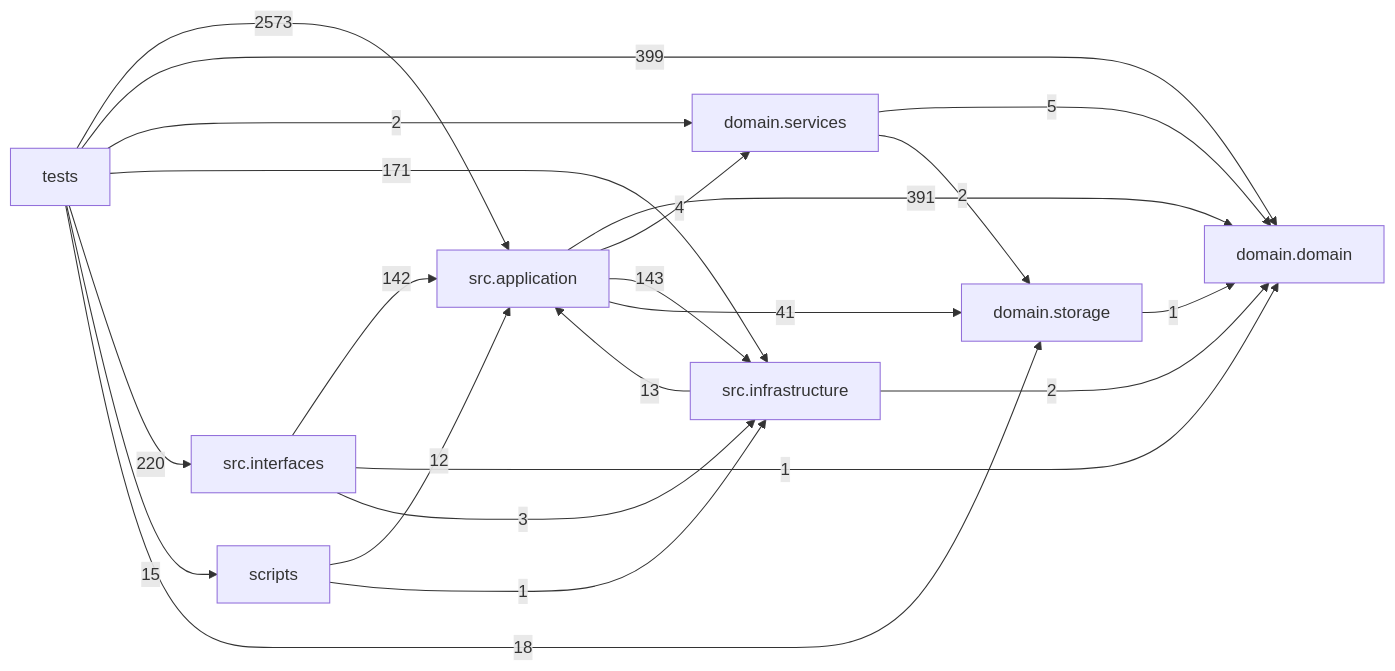
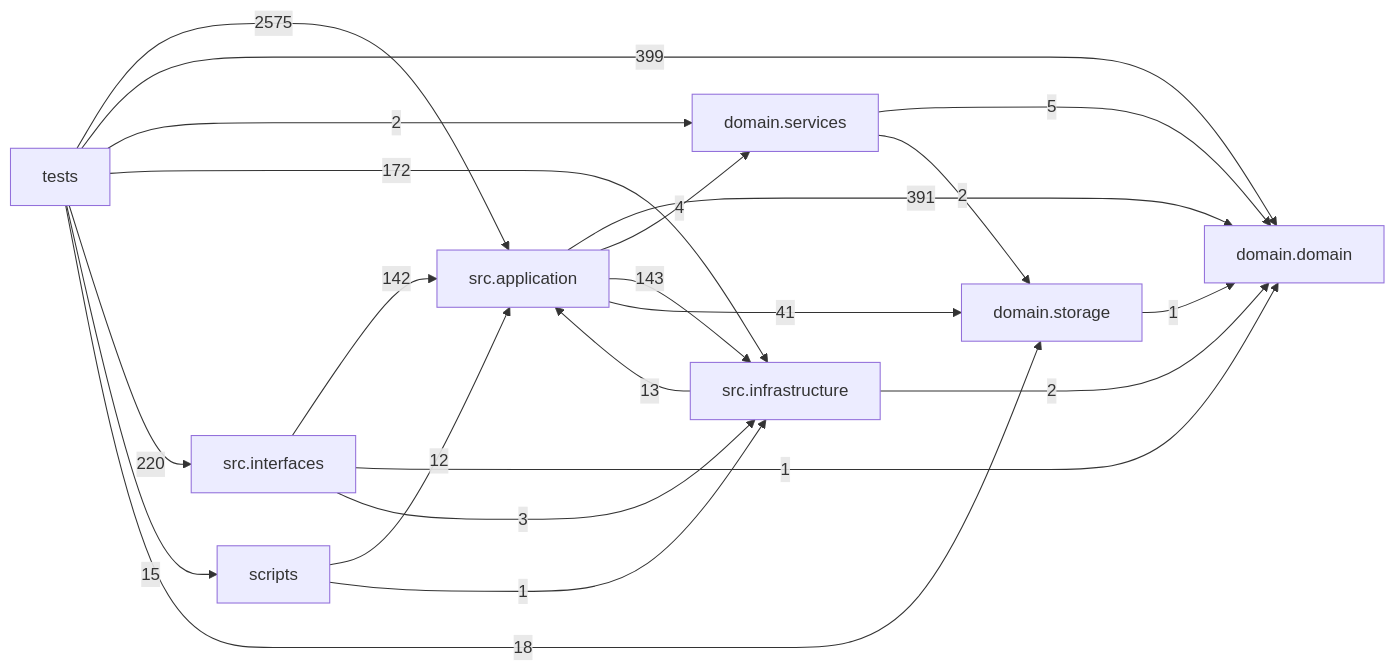
The diagram in docs/DEPENDENCY_GRAPH.md (liuxie066/options-monitor), drawn with Mermaid before and after one commit. The commit also changed other lines of this file, not shown here.

Commit message:
chore(docs): regenerate dependency graph

````diff
--- a/docs/DEPENDENCY_GRAPH.md
+++ b/docs/DEPENDENCY_GRAPH.md
@@ -24,32 +24,32 @@
 ```mermaid
 flowchart LR
   tests["tests"]
   scripts["scripts"]
   interfaces["src.interfaces"]
   application["src.application"]
   infrastructure["src.infrastructure"]
   domain_services["domain.services"]
   domain["domain.domain"]
   storage["domain.storage"]
   application -->|391| domain
   application -->|4| domain_services
   application -->|143| infrastructure
   application -->|41| storage
   domain_services -->|5| domain
   domain_services -->|2| storage
   infrastructure -->|13| application
   infrastructure -->|2| domain
   interfaces -->|142| application
   interfaces -->|1| domain
   interfaces -->|3| infrastructure
   scripts -->|12| application
   scripts -->|1| infrastructure
   storage -->|1| domain
-  tests -->|2573| application
+  tests -->|2575| application
   tests -->|399| domain
   tests -->|2| domain_services
-  tests -->|171| infrastructure
+  tests -->|172| infrastructure
   tests -->|220| interfaces
   tests -->|15| scripts
   tests -->|18| storage
 ```
````
